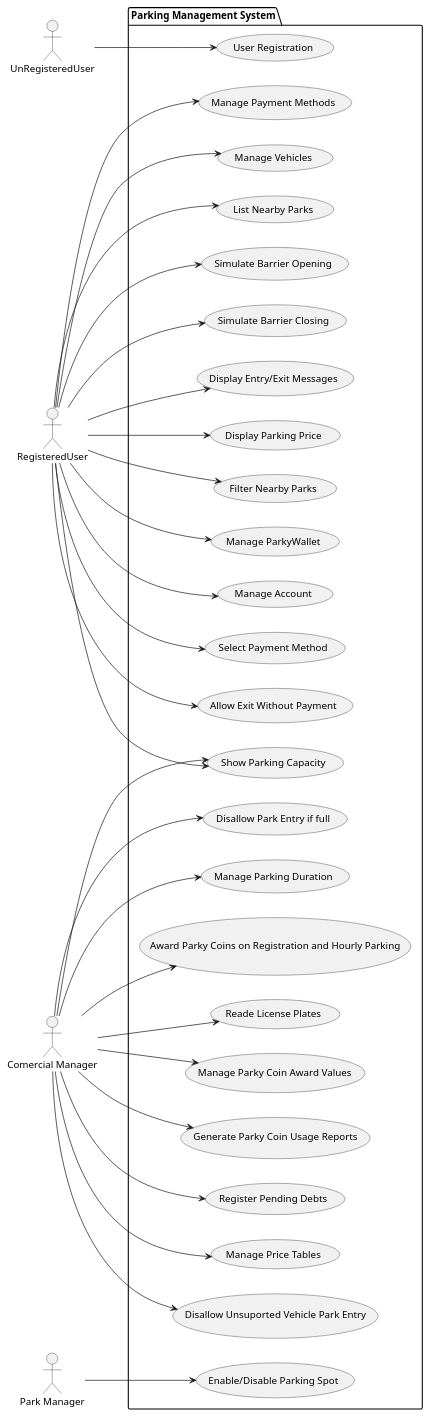
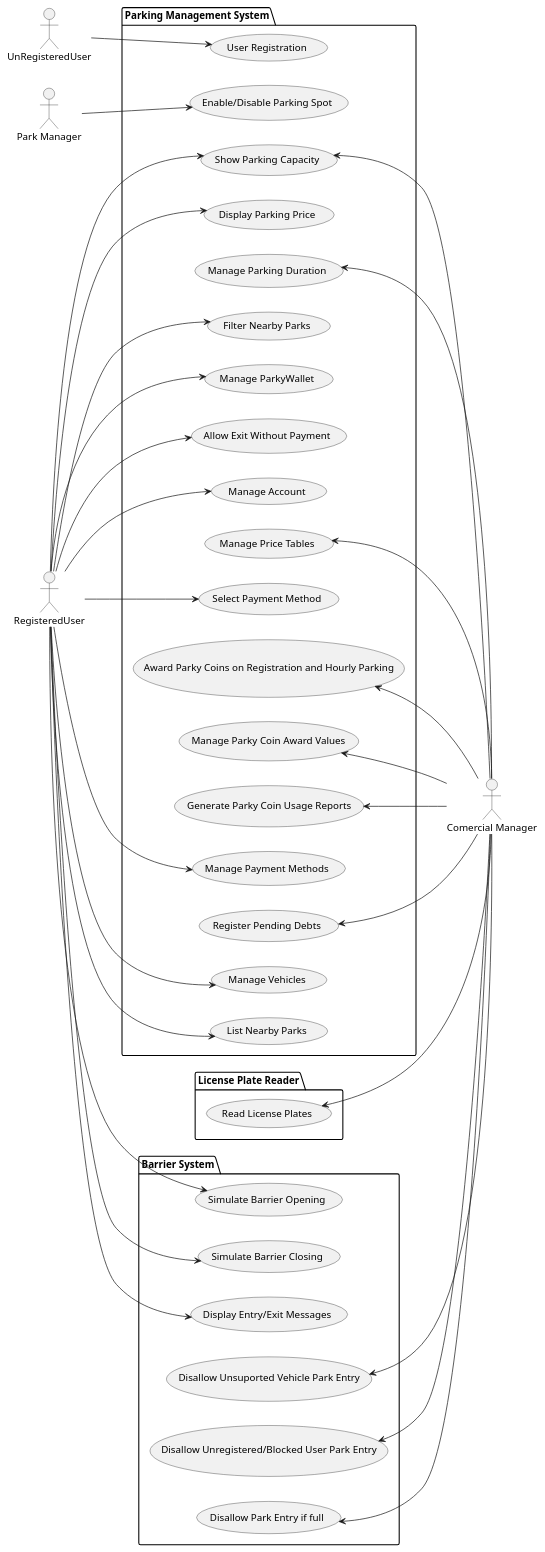
Before and after one commit to 1181479/Park_Management_System_GraphQL: the diagram in diagrams/useCaseDiagram.puml, drawn with PlantUML. The commit also changed 1 other file, not shown here.

Commit message:
fixed diagrams

```diff
--- a/diagrams/useCaseDiagram.puml
+++ b/diagrams/useCaseDiagram.puml
@@ -1,62 +1,69 @@
 @startuml usercase diagram
 left to right direction
 actor "UnRegisteredUser" as unuser
 actor "RegisteredUser" as user
 actor "Comercial Manager" as manager
 actor "Park Manager" as park
 
 package "Parking Management System" {
     usecase "User Registration" as UC1
     usecase "Manage Payment Methods" as UC2
     usecase "Manage Vehicles" as UC3
     usecase "List Nearby Parks" as UC4
-    usecase "Simulate Barrier Opening" as UC5
-    usecase "Simulate Barrier Closing" as UC6
-    usecase "Display Entry/Exit Messages" as UC7
-    usecase "Disallow Unsuported Vehicle Park Entry" as UC8
-    usecase "Disallow Unregistered/Blocked User Park Entry" as UC9
-    usecase "Disallow Park Entry if full" as UC9
     usecase "Manage Parking Duration" as UC10
     usecase "Show Parking Capacity" as UC11
-    usecase "Reade License Plates" as UC12
     usecase "Display Parking Price" as UC13
     usecase "Filter Nearby Parks" as UC14
     usecase "Manage ParkyWallet" as UC15
     usecase "Manage Price Tables" as UC16
     usecase "Enable/Disable Parking Spot" as UC17
     usecase "Award Parky Coins on Registration and Hourly Parking" as UC18
     usecase "Manage Parky Coin Award Values" as UC19
     usecase "Generate Parky Coin Usage Reports" as UC20
     usecase "Manage Account" as UC21
     usecase "Register Pending Debts" as UC22
     usecase "Select Payment Method" as UC23
     usecase "Allow Exit Without Payment" as UC24
 }
 
+package "License Plate Reader"{
+    usecase "Read License Plates" as UC12
+}
+
+package "Barrier System" {
+    usecase "Simulate Barrier Opening" as UC5
+    usecase "Simulate Barrier Closing" as UC6
+    usecase "Display Entry/Exit Messages" as UC7
+    usecase "Disallow Unsuported Vehicle Park Entry" as UC8
+    usecase "Disallow Unregistered/Blocked User Park Entry" as UC9
+    usecase "Disallow Park Entry if full" as UC25
+}
+
 unuser --> UC1
 user --> UC2
 user --> UC3
 user --> UC4
 user --> UC5
 user --> UC6
 user --> UC7
-manager --> UC8
-manager --> UC9
-manager --> UC10
-manager --> UC11
+UC8 <-- manager 
+UC9 <-- manager 
+UC10 <-- manager 
+UC11 <-- manager 
 user --> UC11
-manager --> UC12
+UC12 <-- manager 
 user --> UC13
 user --> UC14
 user --> UC15
-manager --> UC16
+UC16 <-- manager 
 park --> UC17
-manager --> UC18
-manager --> UC19
-manager --> UC20
+UC18 <-- manager 
+UC19 <-- manager 
+UC20 <-- manager 
 user --> UC21
-manager --> UC22
+UC22 <-- manager 
 user --> UC23
 user --> UC24
+UC25 <-- manager 
 
 @enduml
```
